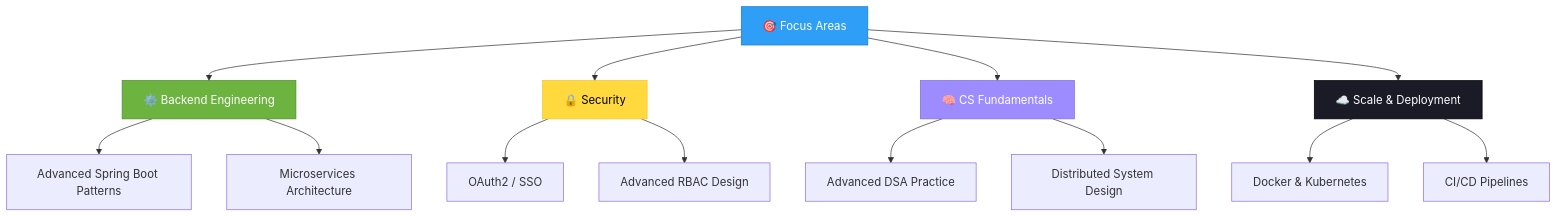
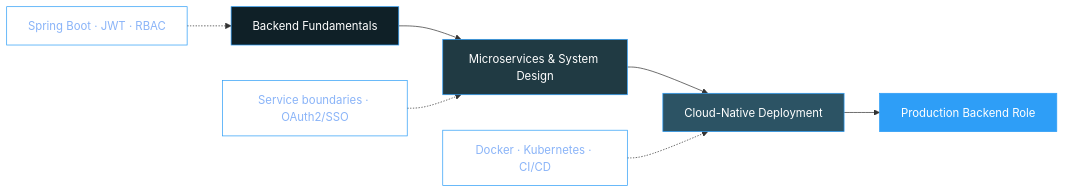
Before and after one commit to GanningJoel-05/GanningJoel-05: the diagram in README.md, drawn with Mermaid. The commit also changed other lines of this file, not shown here.

````diff
--- a/README.md
+++ b/README.md
@@ -329,25 +206,18 @@
 ```mermaid
-graph TB
-    A[🎯 Focus Areas] --> B[⚙️ Backend Engineering]
-    A --> C[🔒 Security]
-    A --> D[🧠 CS Fundamentals]
-    A --> E[☁️ Scale & Deployment]
+graph LR
+    A[Backend Fundamentals] --> B[Microservices & System Design]
+    B --> C[Cloud-Native Deployment]
+    C --> D[Production Backend Role]
 
-    B --> B1[Advanced Spring Boot Patterns]
-    B --> B2[Microservices Architecture]
+    A1[Spring Boot · JWT · RBAC] -.-> A
+    B1[Service boundaries · OAuth2/SSO] -.-> B
+    C1[Docker · Kubernetes · CI/CD] -.-> C
 
-    C --> C1[OAuth2 / SSO]
-    C --> C2[Advanced RBAC Design]
-
-    D --> D1[Advanced DSA Practice]
-    D --> D2[Distributed System Design]
-
-    E --> E1[Docker & Kubernetes]
-    E --> E2[CI/CD Pipelines]
-
-    style A fill:#2E9EF7,stroke:#1976D2,color:#fff
-    style B fill:#6DB33F,stroke:#4C8C2B,color:#fff
-    style C fill:#FFD93D,stroke:#F4C430,color:#000
-    style D fill:#9D8CFF,stroke:#7C6FD6,color:#fff
-    style E fill:#1A1B27,stroke:#000000,color:#fff
+    style A fill:#0F2027,color:#fff,stroke:#2E9EF7
+    style B fill:#203A43,color:#fff,stroke:#2E9EF7
+    style C fill:#2C5364,color:#fff,stroke:#2E9EF7
+    style D fill:#2E9EF7,color:#fff,stroke:#2E9EF7
+    style A1 fill:none,stroke:#2E9EF7,color:#8AB4F8
+    style B1 fill:none,stroke:#2E9EF7,color:#8AB4F8
+    style C1 fill:none,stroke:#2E9EF7,color:#8AB4F8
 ```
````
